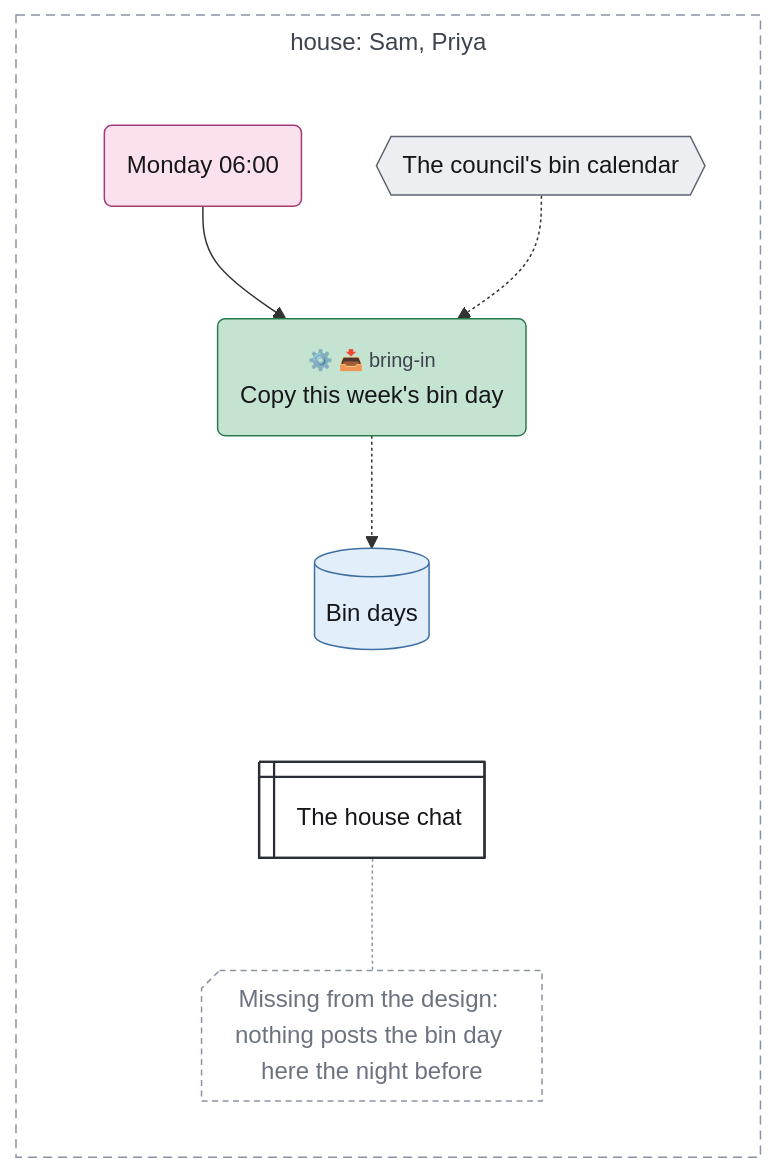
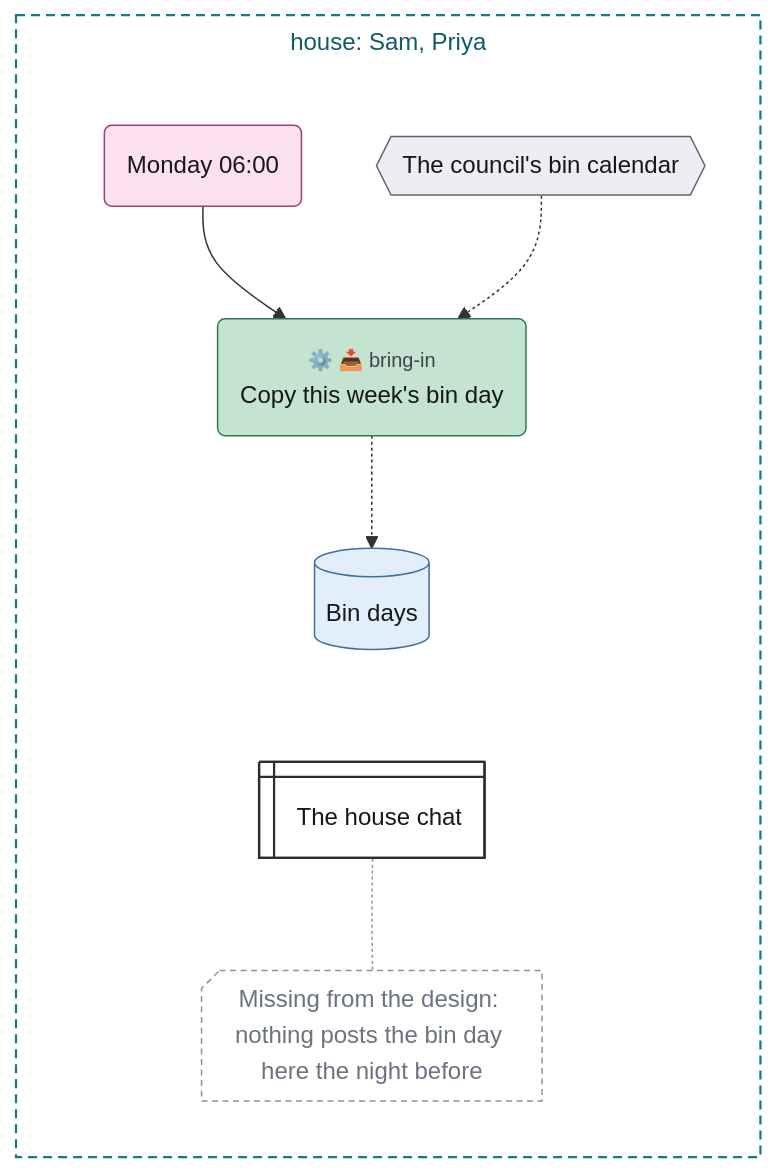
Before and after one commit to chrismdp/awml: the diagram in examples/tour/08-gap.mmd, drawn with Mermaid. The commit also changed 69 other files, not shown here.

```diff
--- a/examples/tour/08-gap.mmd
+++ b/examples/tour/08-gap.mmd
@@ -1,43 +1,43 @@
 ---
 config:
   theme: default
   fontFamily: Inter, sans-serif
   flowchart:
     useMaxWidth: false
     subGraphTitleMargin:
       top: 6
       bottom: 30
 ---
 flowchart TB
   subgraph house["house#58; Sam#44; Priya"]
     direction TB
     monday("Monday 06#58;00")
     council{{"The council#39;s bin calendar"}}
     copy("<small style='color:rgb(61,67,79)'>⚙️ 📥 bring-in</small><br>Copy this week#39;s bin day")
     bins[("Bin days")]
     chat@{ shape: win-pane, label: "The house chat" }
     gap@{ shape: notch-rect, label: "Missing from the design#58; nothing posts the bin day here the night before" }
   end
 
   monday --> copy
   council -.-> copy
   copy -.-> bins
   bins ~~~ chat
   chat -.- gap
   classDef trig fill:#fbe1ee,stroke:#a33a74,color:#16171b
   classDef ctx fill:#e2eef9,stroke:#3d6fa3,color:#16171b
   classDef con fill:#eceef2,stroke:#5d6472,color:#16171b
   classDef surf fill:#ffffff,stroke:#2a2d35,stroke-width:1.5px,color:#16171b
   classDef out fill:#fde4dc,stroke:#b5532f,color:#16171b
   classDef ai fill:#cdd3fb,stroke:#3b4bb0,color:#16171b
   classDef code fill:#c4e3d1,stroke:#2b7a4f,color:#16171b
   classDef person fill:#f7d79a,stroke:#9a6100,color:#16171b
   classDef gap fill:#ffffff,stroke:#8a93a3,stroke-dasharray:4 3,color:#6b7280
   class monday trig
   class bins ctx
   class council con
   class chat surf
   class copy code
   class gap gap
-  style house fill:transparent,stroke:#8a93a3,stroke-dasharray:6 4,color:#3d434f
+  style house fill:transparent,stroke:#127c8c,stroke-width:1.5px,stroke-dasharray:6 4,color:#0d5c68
   linkStyle 4 stroke:#8a93a3
```
